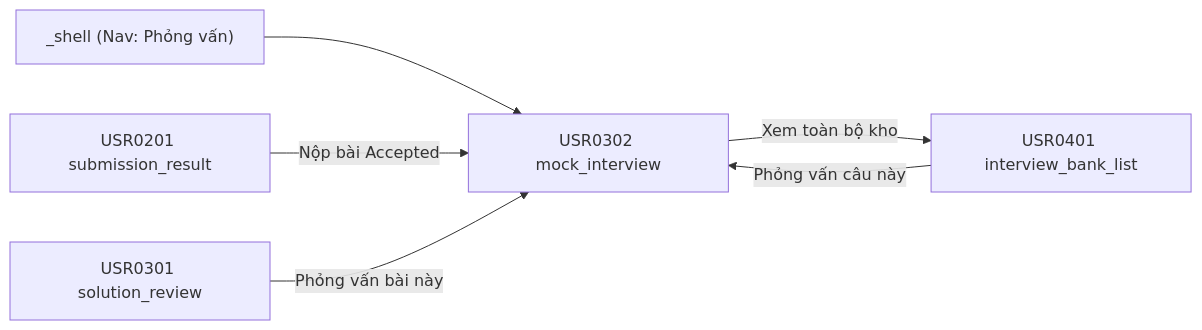
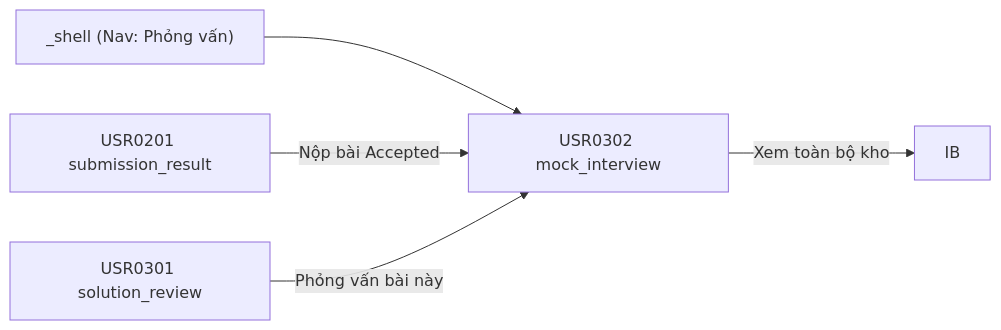
The diagram in 02-bd/screens/users/USR0302_mock_interview.md (daiphu1801/PRJ_ALGOPREP), drawn with Mermaid before and after one commit. The commit also changed other lines of this file and 458 other files, not shown here.

````diff
--- a/02-bd/screens/users/USR0302_mock_interview.md
+++ b/02-bd/screens/users/USR0302_mock_interview.md
@@ -87,8 +93,7 @@
 ```mermaid
 flowchart LR
     SHELL["_shell (Nav: Phỏng vấn)"] --> MI["USR0302 mock_interview"]
     SR["USR0201 submission_result"] -->|Nộp bài Accepted| MI
     SOL["USR0301 solution_review"] -->|Phỏng vấn bài này| MI
-    IB["USR0401 interview_bank_list"] -->|Phỏng vấn câu này| MI
     MI -->|Xem toàn bộ kho| IB
 ```
````
